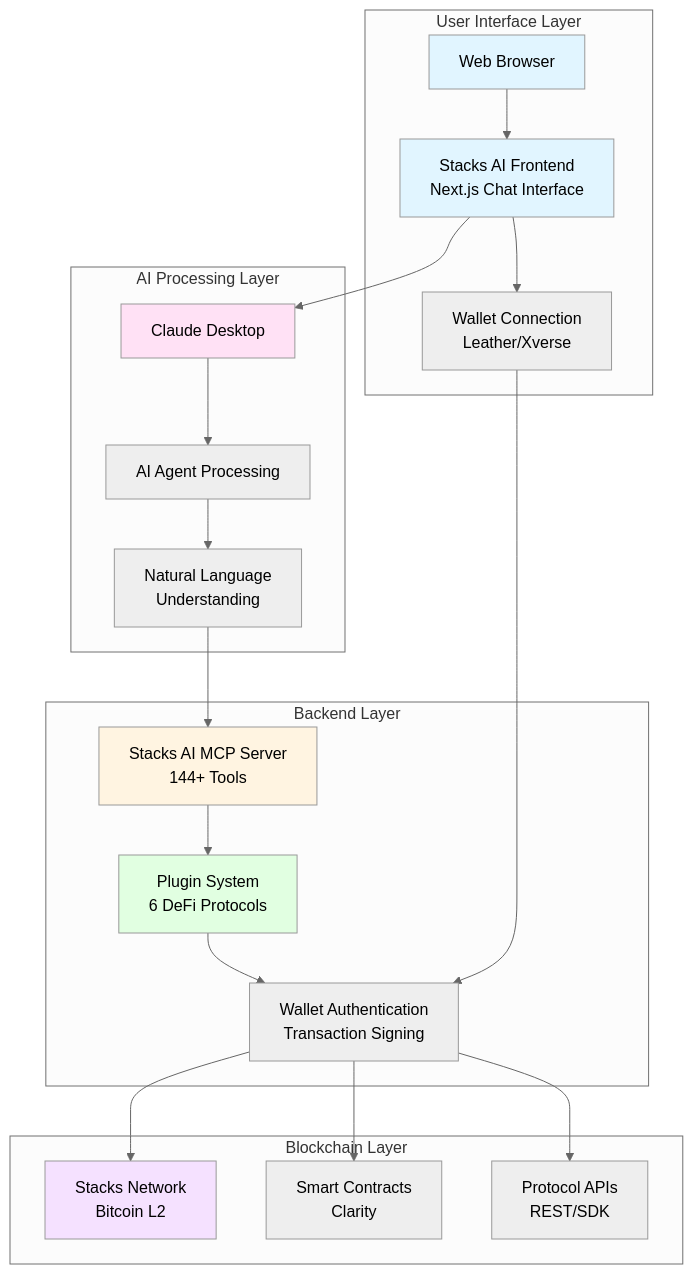
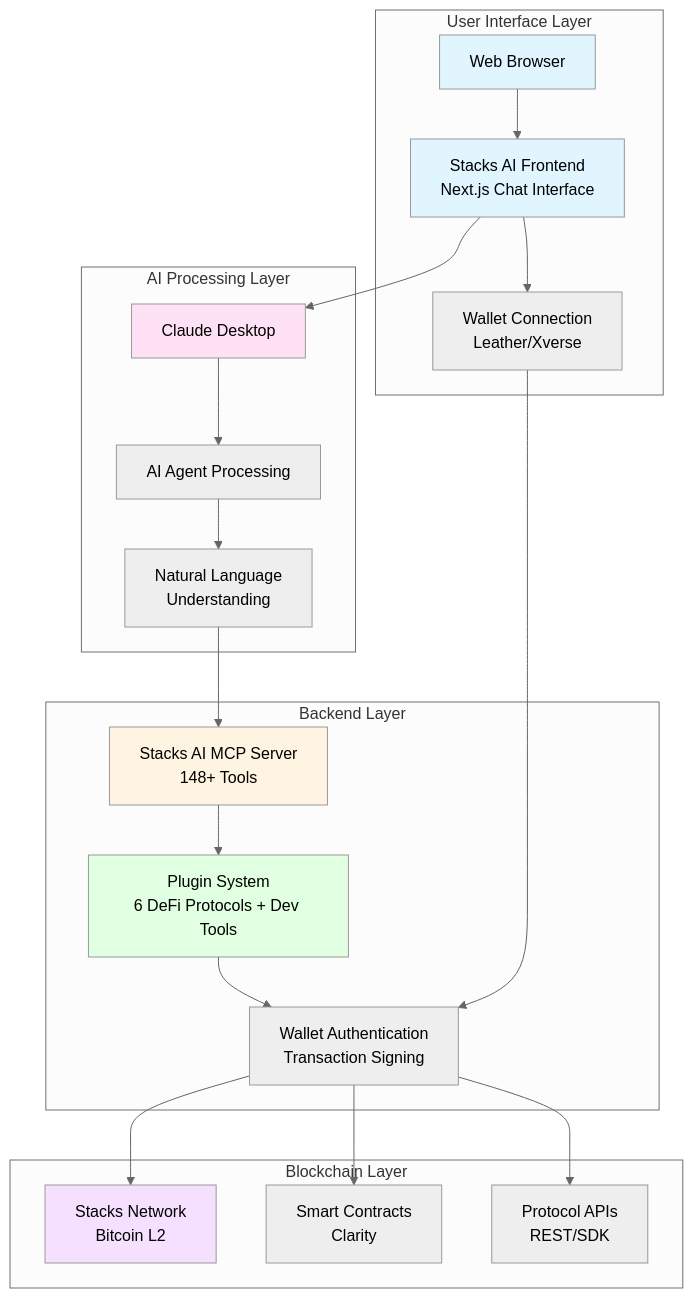
One commit to Stack-AI-MCP/stacks-mcp-server changed the first of 15 diagrams in README.md. Above: the diagram before and after it, drawn with Mermaid (neutral theme). The commit also changed other lines of this file, not shown here.

First line of the commit message:
docs: update README to reflect Clarinet development tools integration

````diff
--- a/README.md
+++ b/README.md
@@ -50,47 +50,47 @@
 ```mermaid
 graph TB
     subgraph "User Interface Layer"
         A[Web Browser]
         B[Stacks AI Frontend<br/>Next.js Chat Interface]
         C[Wallet Connection<br/>Leather/Xverse]
     end
 
     subgraph "AI Processing Layer"
         D[Claude Desktop]
         E[AI Agent Processing]
         F[Natural Language<br/>Understanding]
     end
 
     subgraph "Backend Layer"
-        G[Stacks AI MCP Server<br/>144+ Tools]
-        H[Plugin System<br/>6 DeFi Protocols]
+        G[Stacks AI MCP Server<br/>148+ Tools]
+        H[Plugin System<br/>6 DeFi Protocols + Dev Tools]
         I[Wallet Authentication<br/>Transaction Signing]
     end
 
     subgraph "Blockchain Layer"
         J[Stacks Network<br/>Bitcoin L2]
         K[Smart Contracts<br/>Clarity]
         L[Protocol APIs<br/>REST/SDK]
     end
 
     A --> B
     B --> C
     B --> D
     D --> E
     E --> F
     F --> G
     G --> H
     H --> I
     I --> J
     I --> K
     I --> L
 
     C --> I
 
     style A fill:#e1f5ff
     style B fill:#e1f5ff
     style D fill:#ffe1f5
     style G fill:#fff4e1
     style H fill:#e1ffe1
     style J fill:#f5e1ff
 ```
````
